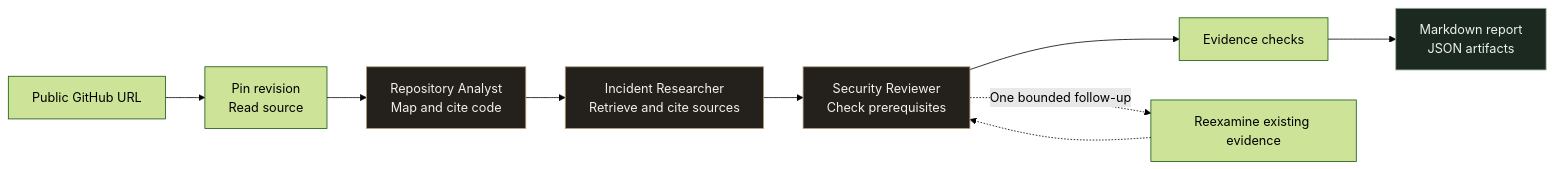
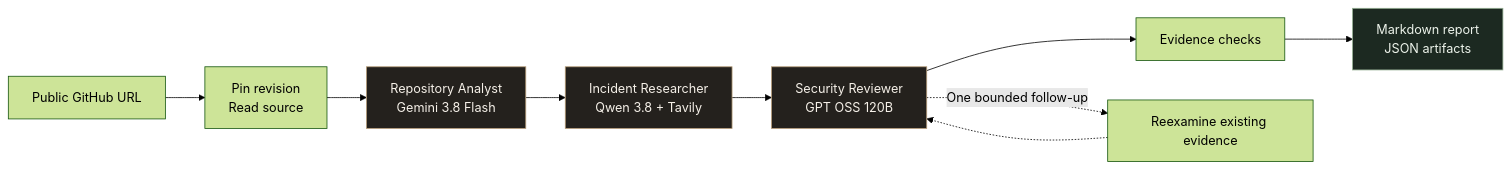
One commit to saubhagya7dev/DevSecOps changed the first of 3 diagrams in README.md. Above: the diagram before and after it, drawn with Mermaid (forest theme). The commit also changed other lines of this file, not shown here.

Commit message:
docs: document hosted model migration and updated architecture

````diff
--- a/README.md
+++ b/README.md
@@ -159,16 +175,16 @@
 ```mermaid
 flowchart LR
     URL["Public GitHub URL"] --> PIN["Pin revision<br/>Read source"]
-    PIN --> ANALYST["Repository Analyst<br/>Map and cite code"]
-    ANALYST --> RESEARCH["Incident Researcher<br/>Retrieve and cite sources"]
-    RESEARCH --> REVIEW["Security Reviewer<br/>Check prerequisites"]
+    PIN --> ANALYST["Repository Analyst<br/>Gemini 3.8 Flash"]
+    ANALYST --> RESEARCH["Incident Researcher<br/>Qwen 3.8 + Tavily"]
+    RESEARCH --> REVIEW["Security Reviewer<br/>GPT OSS 120B"]
     REVIEW --> VALIDATE["Evidence checks"]
     VALIDATE --> OUTPUT["Markdown report<br/>JSON artifacts"]
     REVIEW -. "One bounded follow-up" .-> RECHECK["Reexamine existing evidence"]
     RECHECK -.-> REVIEW
 
     classDef role fill:#24211d,stroke:#b59b77,color:#f5f0e8
     classDef output fill:#1c2921,stroke:#93ad91,color:#edf3eb
     class ANALYST,RESEARCH,REVIEW role
     class OUTPUT output
 ```
````
